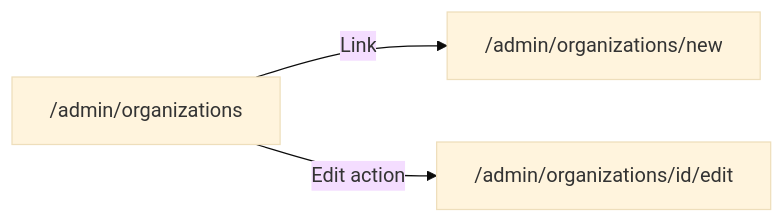
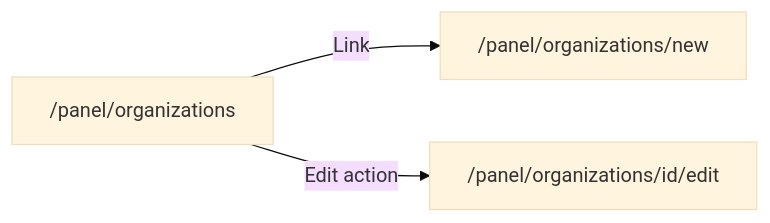
One commit to butbeautifulv/fstec changed the diagram in .cursor/plans/admin_create_ux_polish_2cd13665.plan.md. Above: the diagram before and after it, drawn with Mermaid (base theme). The commit also changed other lines of this file and 204 other files, not shown here.

````diff
--- a/.cursor/plans/admin_create_ux_polish_2cd13665.plan.md
+++ b/.cursor/plans/admin_create_ux_polish_2cd13665.plan.md
@@ -87,5 +87,5 @@
 ```mermaid
 flowchart LR
-  OrgsList["/admin/organizations"] -->|Link| OrgsNew["/admin/organizations/new"]
-  OrgsList -->|Edit action| OrgsEdit["/admin/organizations/id/edit"]
+  OrgsList["/panel/organizations"] -->|Link| OrgsNew["/panel/organizations/new"]
+  OrgsList -->|Edit action| OrgsEdit["/panel/organizations/id/edit"]
 ```
````
